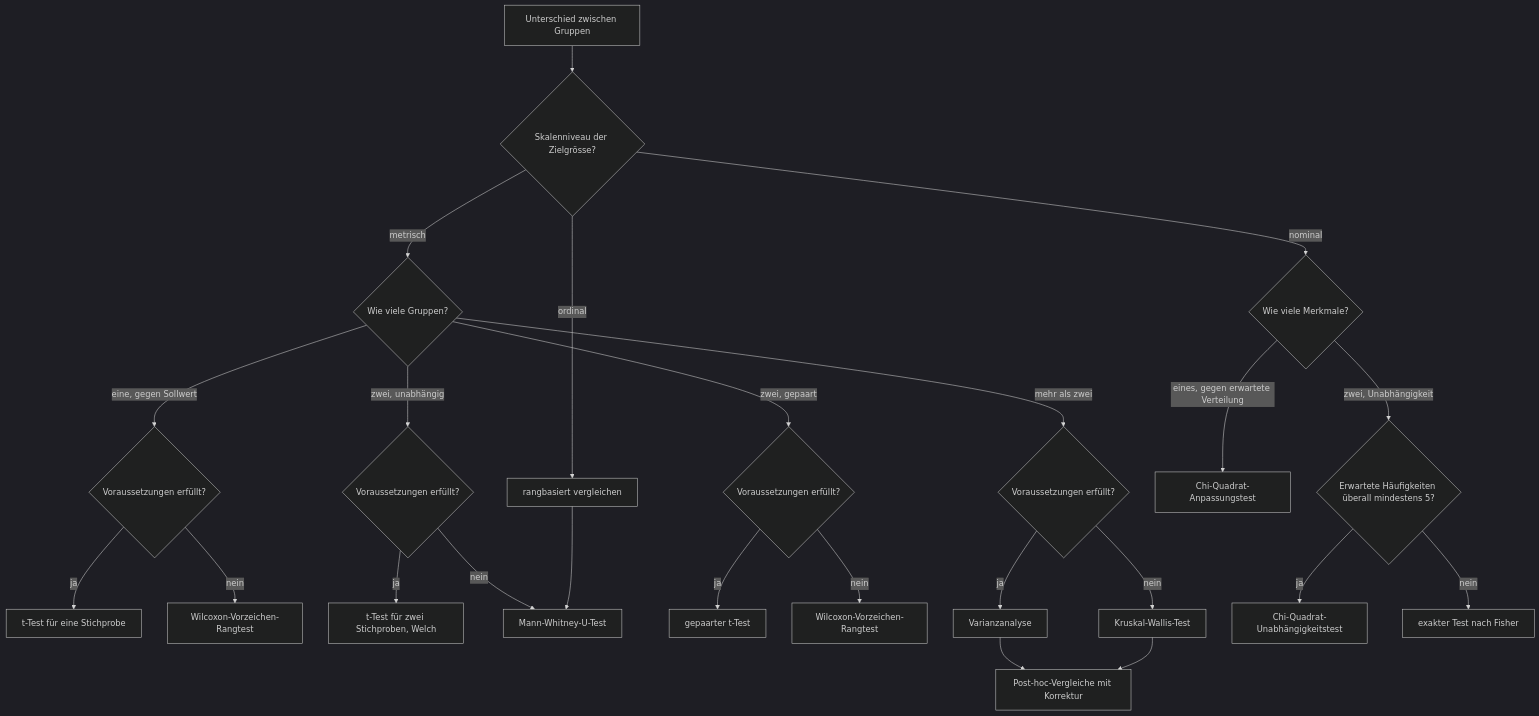
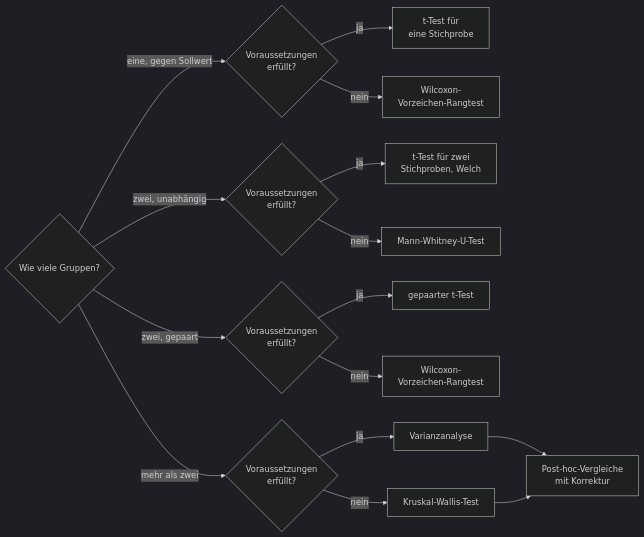
Before and after one commit to Dimivo-7/Data-Science: the first of 4 diagrams in statistik/verfahren-waehlen.qmd, drawn with Mermaid (dark theme). The commit also changed other lines of this file and 1 other file, not shown here.

First line of the commit message:
Entscheidungsbaeume lesbar machen, Mermaid-Quelltext ausblenden

````diff
--- a/statistik/verfahren-waehlen.qmd
+++ b/statistik/verfahren-waehlen.qmd
@@ -42,33 +42,24 @@
 ```{mermaid}
-%%| label: fig-baum-unterschiede
-%%| fig-cap: "Vom Skalenniveau der Zielgrösse zum passenden Test."
-flowchart TD
-    S["Unterschied zwischen Gruppen"] --> N{"Skalenniveau der Zielgrösse?"}
+%%| label: fig-baum-unterschiede-metrisch
+%%| fig-cap: "Metrische Zielgrösse: von der Gruppenzahl zum Test."
+%%| echo: false
+flowchart LR
+    M{"Wie viele Gruppen?"}
 
-    N -->|"metrisch"| M{"Wie viele Gruppen?"}
-    N -->|"ordinal"| O["rangbasiert vergleichen"]
-    N -->|"nominal"| K{"Wie viele Merkmale?"}
+    M -->|"eine, gegen Sollwert"| M1{"Voraussetzungen<br>erfüllt?"}
+    M -->|"zwei, unabhängig"| M2{"Voraussetzungen<br>erfüllt?"}
+    M -->|"zwei, gepaart"| M3{"Voraussetzungen<br>erfüllt?"}
+    M -->|"mehr als zwei"| M4{"Voraussetzungen<br>erfüllt?"}
 
-    M -->|"eine, gegen Sollwert"| M1{"Voraussetzungen erfüllt?"}
-    M -->|"zwei, unabhängig"| M2{"Voraussetzungen erfüllt?"}
-    M -->|"zwei, gepaart"| M3{"Voraussetzungen erfüllt?"}
-    M -->|"mehr als zwei"| M4{"Voraussetzungen erfüllt?"}
-
-    M1 -->|"ja"| E1["t-Test für eine Stichprobe"]
-    M1 -->|"nein"| E2["Wilcoxon-Vorzeichen-Rangtest"]
-    M2 -->|"ja"| E3["t-Test für zwei Stichproben, Welch"]
+    M1 -->|"ja"| E1["t-Test für<br>eine Stichprobe"]
+    M1 -->|"nein"| E2["Wilcoxon-<br>Vorzeichen-Rangtest"]
+    M2 -->|"ja"| E3["t-Test für zwei<br>Stichproben, Welch"]
     M2 -->|"nein"| E4["Mann-Whitney-U-Test"]
     M3 -->|"ja"| E5["gepaarter t-Test"]
-    M3 -->|"nein"| E6["Wilcoxon-Vorzeichen-Rangtest"]
+    M3 -->|"nein"| E6["Wilcoxon-<br>Vorzeichen-Rangtest"]
     M4 -->|"ja"| E7["Varianzanalyse"]
     M4 -->|"nein"| E8["Kruskal-Wallis-Test"]
 
-    E7 --> P["Post-hoc-Vergleiche mit Korrektur"]
+    E7 --> P["Post-hoc-Vergleiche<br>mit Korrektur"]
     E8 --> P
-
-    O --> E4
-    K -->|"eines, gegen erwartete Verteilung"| E9["Chi-Quadrat-Anpassungstest"]
-    K -->|"zwei, Unabhängigkeit"| K2{"Erwartete Häufigkeiten überall mindestens 5?"}
-    K2 -->|"ja"| E10["Chi-Quadrat-Unabhängigkeitstest"]
-    K2 -->|"nein"| E11["exakter Test nach Fisher"]
 ```
````
